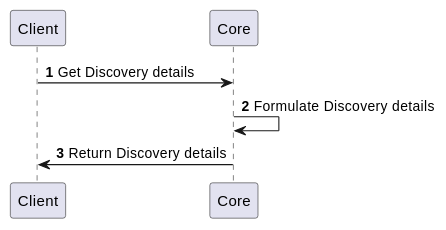
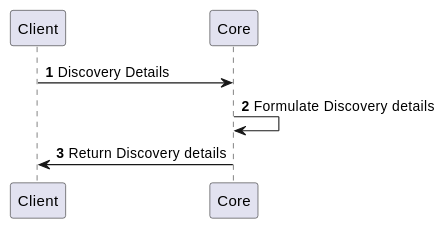
One commit to CZERTAINLY/CZERTAINLY-Documentation changed the second of 3 diagrams in docs/12-connectors/05-description/27-discovery-provider.md. Above: the diagram before and after it, drawn with PlantUML. The commit also changed other lines of this file and 8 other files, not shown here.

First line of the commit message:
Update description of plantuml diagrams on the providers

````diff
--- a/docs/12-connectors/05-description/27-discovery-provider.md
+++ b/docs/12-connectors/05-description/27-discovery-provider.md
@@ -62,9 +55,9 @@
 ```plantuml
     @startuml
     autonumber
     skinparam topurl https://docs.czertainly.com/api/
-        Client -> Core [[core-discovery/#tag/Discovery-Management-API/operation/getDiscovery]]: Get Discovery details
+        Client -> Core [[core-discovery/#tag/Discovery-Management-API/operation/getDiscovery]]: Discovery Details
         Core -> Core: Formulate Discovery details
         Core -> Client: Return Discovery details
     @enduml
 ```
````
